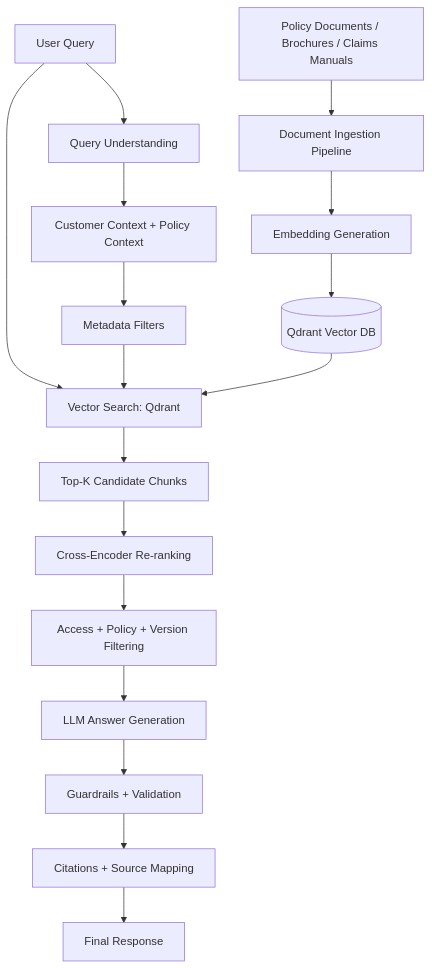
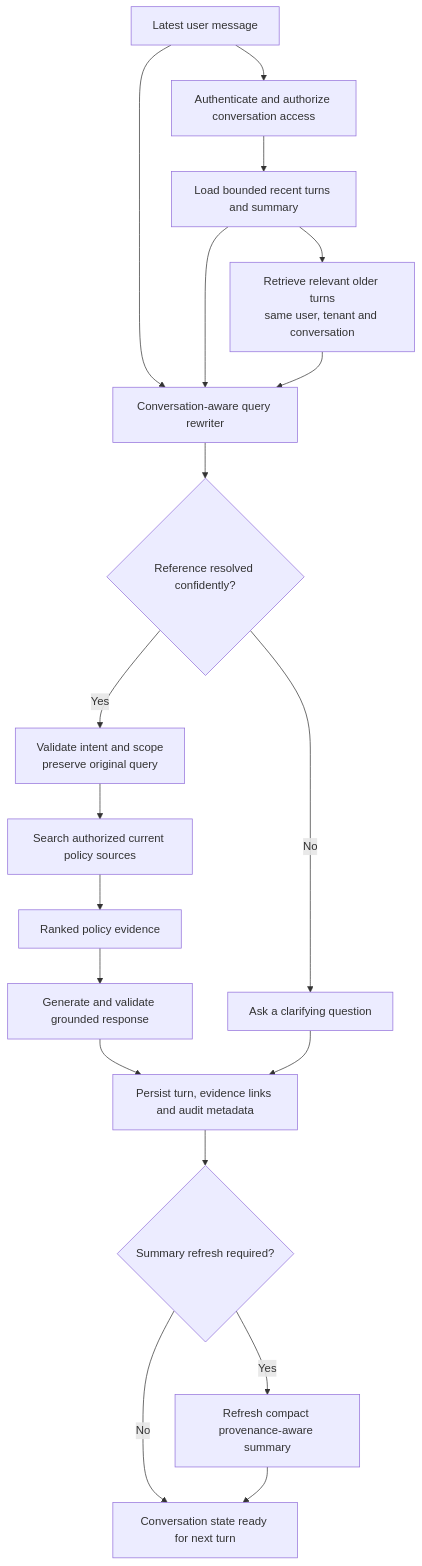
The first of 4 diagrams in rag-architecture.md (mithileshbhumca/InsuranceGenAI), drawn with Mermaid before and after one commit. The commit also changed other lines of this file and 3 other files, not shown here.

````diff
--- a/rag-architecture.md
+++ b/rag-architecture.md
@@ -36,20 +92,21 @@
 ```mermaid
 flowchart TD
-    U[User Query] --> Q[Query Understanding]
-    Q --> Ctx[Customer Context + Policy Context]
-    Ctx --> F[Metadata Filters]
-    U --> Search[Vector Search: Qdrant]
-    F --> Search
-    Search --> TopK[Top-K Candidate Chunks]
-    TopK --> Rank[Cross-Encoder Re-ranking]
-    Rank --> Filter[Access + Policy + Version Filtering]
-    Filter --> LLM[LLM Answer Generation]
-    LLM --> Guard[Guardrails + Validation]
-    Guard --> Cit[Citations + Source Mapping]
-    Cit --> Resp[Final Response]
-
-    Docs[Policy Documents / Brochures / Claims Manuals] --> Ingest[Document Ingestion Pipeline]
-    Ingest --> Embed[Embedding Generation]
-    Embed --> Qdrant[(Qdrant Vector DB)]
-    Qdrant --> Search
+    U[Latest user message] --> AUTH[Authenticate and authorize conversation access]
+    AUTH --> LOAD[Load bounded recent turns and summary]
+    LOAD --> HIST[Retrieve relevant older turns<br/>same user, tenant and conversation]
+    U --> REWRITE[Conversation-aware query rewriter]
+    LOAD --> REWRITE
+    HIST --> REWRITE
+    REWRITE --> RESOLVE{Reference resolved confidently?}
+    RESOLVE -- No --> CLARIFY[Ask a clarifying question]
+    RESOLVE -- Yes --> VALIDATE[Validate intent and scope<br/>preserve original query]
+    VALIDATE --> RETRIEVE[Search authorized current policy sources]
+    RETRIEVE --> EVIDENCE[Ranked policy evidence]
+    EVIDENCE --> ANSWER[Generate and validate grounded response]
+    ANSWER --> STORE[Persist turn, evidence links and audit metadata]
+    STORE --> SUMMARY{Summary refresh required?}
+    SUMMARY -- Yes --> UPDATE[Refresh compact provenance-aware summary]
+    SUMMARY -- No --> DONE[Conversation state ready for next turn]
+    UPDATE --> DONE
+    CLARIFY --> STORE
 ```
````
